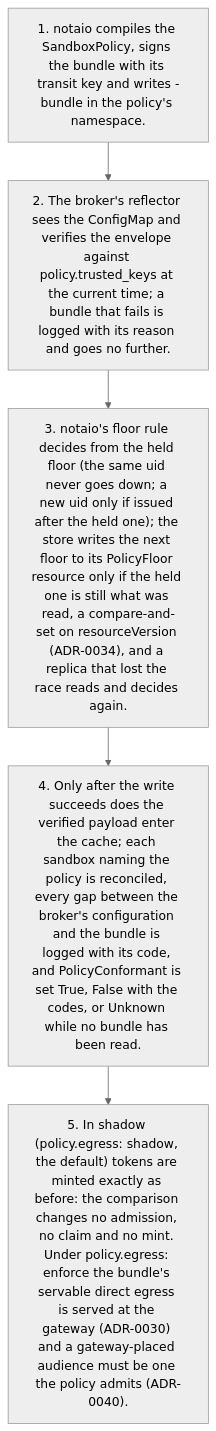
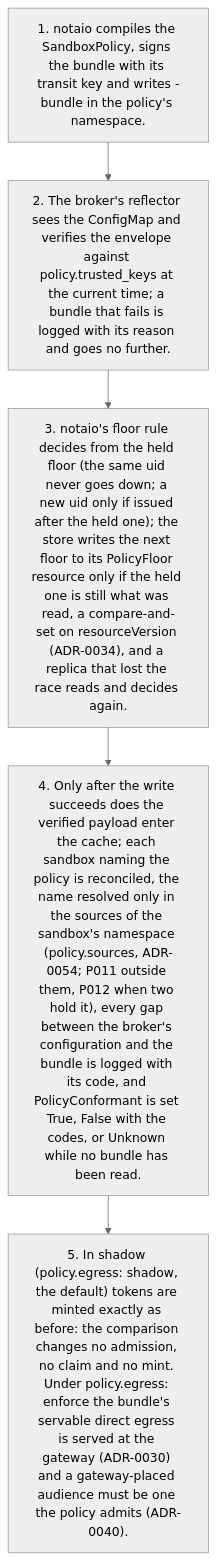
One commit to firestoned/mediatore changed the fourth of 6 diagrams in docs/architecture/diagrams/flows.md. Above: the diagram before and after it, drawn with Mermaid (neutral theme). The commit also changed 19 other files, not shown here.

````diff
--- a/docs/architecture/diagrams/flows.md
+++ b/docs/architecture/diagrams/flows.md
@@ -87,9 +87,9 @@
 ```mermaid
 flowchart TD
     t1["1. notaio compiles the SandboxPolicy, signs the bundle with its transit key and writes <policy>-bundle in the policy's namespace."]
     t2["2. The broker's reflector sees the ConfigMap and verifies the envelope against policy.trusted_keys at the current time; a bundle that fails is logged with its reason and goes no further."]
     t3["3. notaio's floor rule decides from the held floor (the same uid never goes down; a new uid only if issued after the held one); the store writes the next floor to its PolicyFloor resource only if the held one is still what was read, a compare-and-set on resourceVersion (ADR-0034), and a replica that lost the race reads and decides again."]
-    t4["4. Only after the write succeeds does the verified payload enter the cache; each sandbox naming the policy is reconciled, every gap between the broker's configuration and the bundle is logged with its code, and PolicyConformant is set True, False with the codes, or Unknown while no bundle has been read."]
+    t4["4. Only after the write succeeds does the verified payload enter the cache; each sandbox naming the policy is reconciled, the name resolved only in the sources of the sandbox's namespace (policy.sources, ADR-0054; P011 outside them, P012 when two hold it), every gap between the broker's configuration and the bundle is logged with its code, and PolicyConformant is set True, False with the codes, or Unknown while no bundle has been read."]
     t5["5. In shadow (policy.egress: shadow, the default) tokens are minted exactly as before: the comparison changes no admission, no claim and no mint. Under policy.egress: enforce the bundle's servable direct egress is served at the gateway (ADR-0030) and a gateway-placed audience must be one the policy admits (ADR-0040)."]
     t1 --> t2 --> t3 --> t4 --> t5
 ```
````
